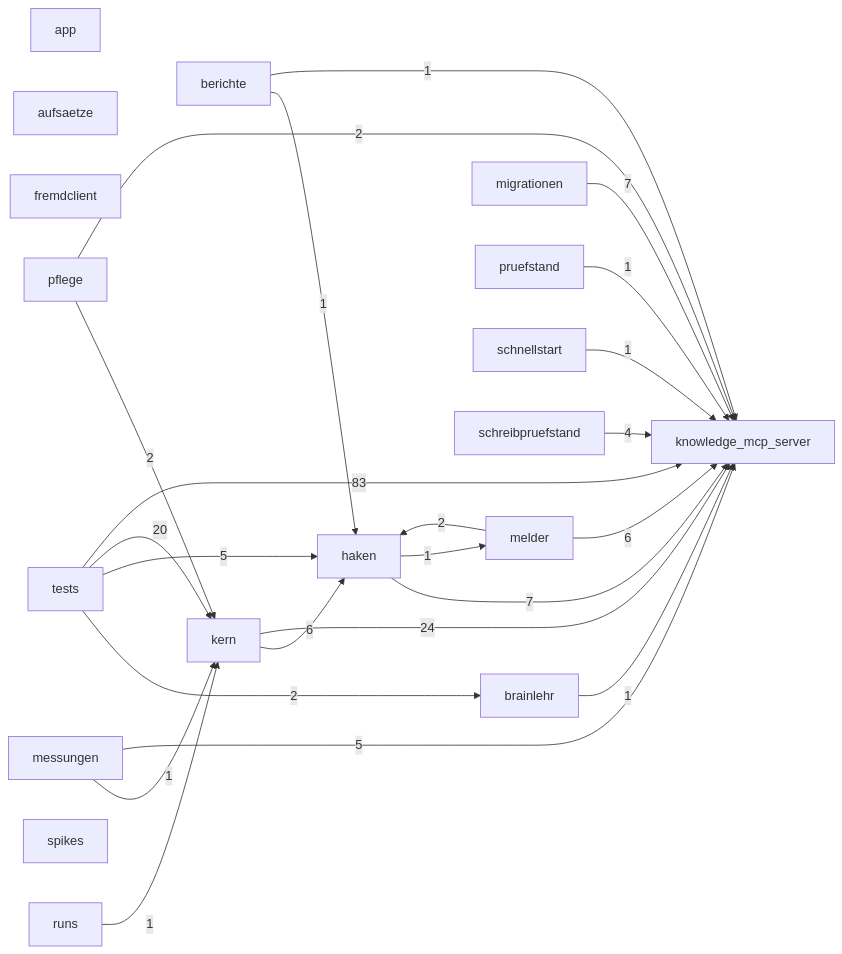
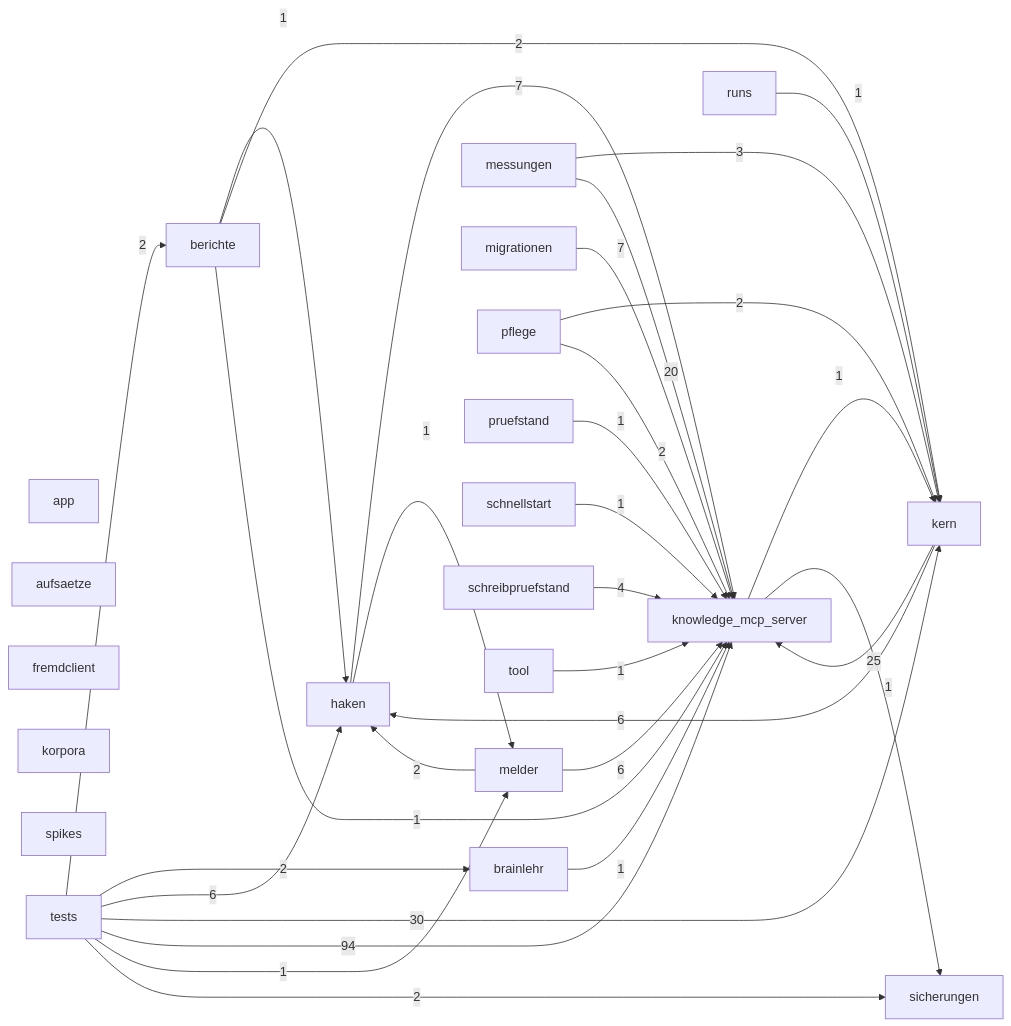
One commit to 3lehr/brainlehr changed the diagram in docs/karten/code-brainlehr.md. Above: the diagram before and after it, drawn with Mermaid. The commit also changed other lines of this file and 3 other files, not shown here.

````diff
--- a/docs/karten/code-brainlehr.md
+++ b/docs/karten/code-brainlehr.md
@@ -5,43 +5,53 @@
 ```mermaid
 graph LR
   app["app"]
   aufsaetze["aufsaetze"]
   berichte["berichte"]
   brainlehr["brainlehr"]
   fremdclient["fremdclient"]
   haken["haken"]
   kern["kern"]
   knowledge_mcp_server["knowledge_mcp_server"]
+  korpora["korpora"]
   melder["melder"]
   messungen["messungen"]
   migrationen["migrationen"]
   pflege["pflege"]
   pruefstand["pruefstand"]
   runs["runs"]
   schnellstart["schnellstart"]
   schreibpruefstand["schreibpruefstand"]
+  sicherungen["sicherungen"]
   spikes["spikes"]
   tests["tests"]
+  tool["tool"]
   berichte -->|1| haken
+  berichte -->|2| kern
   berichte -->|1| knowledge_mcp_server
   brainlehr -->|1| knowledge_mcp_server
   haken -->|7| knowledge_mcp_server
   haken -->|1| melder
   kern -->|6| haken
-  kern -->|24| knowledge_mcp_server
+  kern -->|25| knowledge_mcp_server
+  knowledge_mcp_server -->|1| kern
+  knowledge_mcp_server -->|1| sicherungen
   melder -->|2| haken
   melder -->|6| knowledge_mcp_server
-  messungen -->|1| kern
-  messungen -->|5| knowledge_mcp_server
+  messungen -->|3| kern
+  messungen -->|20| knowledge_mcp_server
   migrationen -->|7| knowledge_mcp_server
   pflege -->|2| kern
   pflege -->|2| knowledge_mcp_server
   pruefstand -->|1| knowledge_mcp_server
   runs -->|1| kern
   schnellstart -->|1| knowledge_mcp_server
   schreibpruefstand -->|4| knowledge_mcp_server
+  tests -->|2| berichte
   tests -->|2| brainlehr
-  tests -->|5| haken
-  tests -->|20| kern
-  tests -->|83| knowledge_mcp_server
+  tests -->|6| haken
+  tests -->|30| kern
+  tests -->|94| knowledge_mcp_server
+  tests -->|1| melder
+  tests -->|2| sicherungen
+  tool -->|1| knowledge_mcp_server
 ```
````
